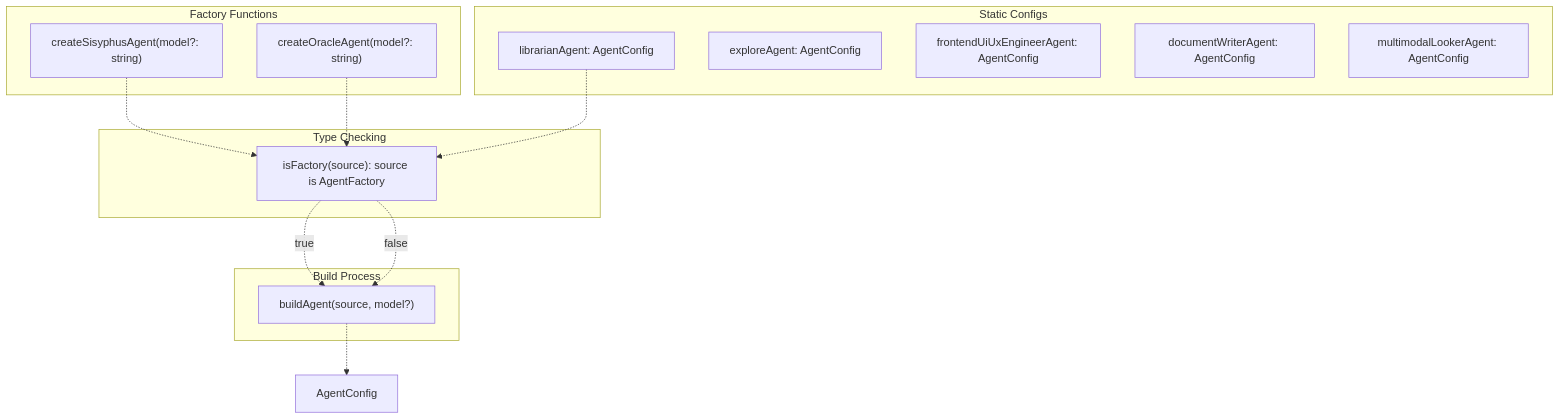
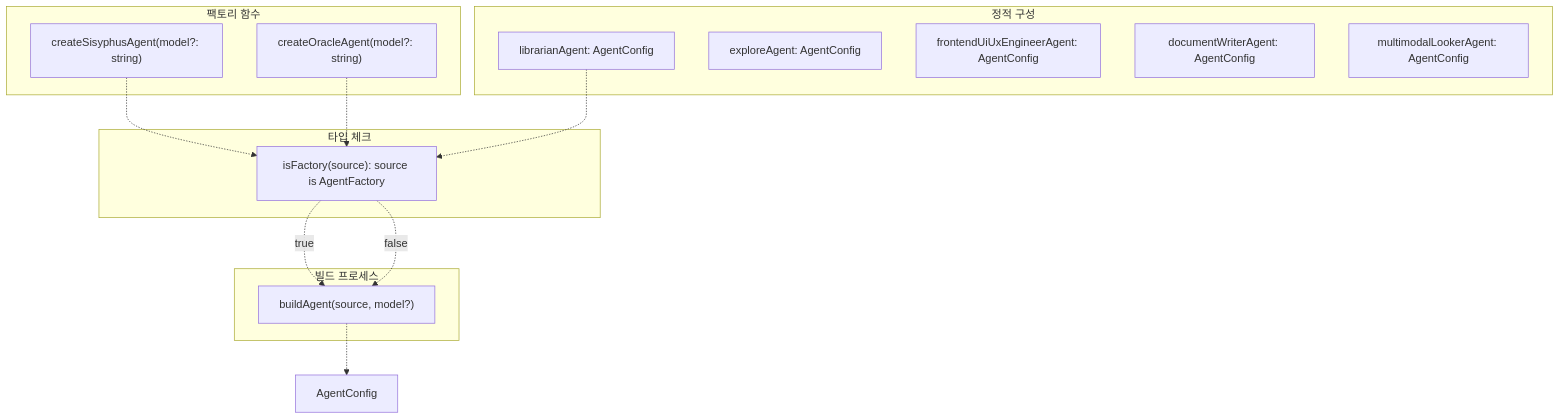
The second of 5 diagrams in docs/agents/agent-system.md (felipetruman/oh-my-opencode-docs), drawn with Mermaid before and after one commit. The commit also changed other lines of this file and 76 other files, not shown here.

````diff
--- a/docs/agents/agent-system.md
+++ b/docs/agents/agent-system.md
@@ -119,42 +119,42 @@
 ```mermaid
 flowchart TD
 
 SisFactory["createSisyphusAgent(model?: string)"]
 OracleFactory["createOracleAgent(model?: string)"]
 LibStatic["librarianAgent: AgentConfig"]
 ExpStatic["exploreAgent: AgentConfig"]
 FrontStatic["frontendUiUxEngineerAgent: AgentConfig"]
 DocStatic["documentWriterAgent: AgentConfig"]
 MultiStatic["multimodalLookerAgent: AgentConfig"]
 IsFactory["isFactory(source): source is AgentFactory"]
 BuildAgent["buildAgent(source, model?)"]
 FinalConfig["AgentConfig"]
 
 SisFactory -.-> IsFactory
 OracleFactory -.-> IsFactory
 LibStatic -.-> IsFactory
 IsFactory -.->|"true"| BuildAgent
 IsFactory -.->|"false"| BuildAgent
 BuildAgent -.-> FinalConfig
 
-subgraph subGraph3 ["Build Process"]
+subgraph subGraph3 ["빌드 프로세스"]
     BuildAgent
 end
 
-subgraph subGraph2 ["Type Checking"]
+subgraph subGraph2 ["타입 체크"]
     IsFactory
 end
 
-subgraph subGraph1 ["Static Configs"]
+subgraph subGraph1 ["정적 구성"]
     LibStatic
     ExpStatic
     FrontStatic
     DocStatic
     MultiStatic
 end
 
-subgraph subGraph0 ["Factory Functions"]
+subgraph subGraph0 ["팩토리 함수"]
     SisFactory
     OracleFactory
 end
 ```
````
